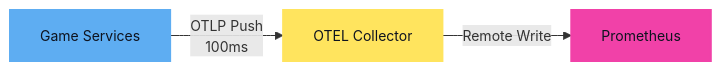
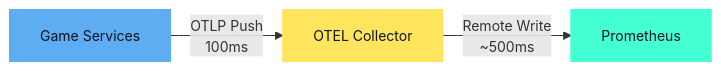
One commit to WatchMeJoustMyFlags/kubecon-material changed the fifth of 7 diagrams in cloud-native-linz-presentation/slides.md. Above: the diagram before and after it, drawn with Mermaid. The commit also changed other lines of this file, not shown here.

````diff
--- a/cloud-native-linz-presentation/slides.md
+++ b/cloud-native-linz-presentation/slides.md
@@ -479,10 +479,10 @@
 ```mermaid {scale:1}
 %%{init: {'themeVariables': {'fontSize': '14px'}, 'flowchart': {'nodeSpacing': 30, 'rankSpacing': 40}}}%%
 graph LR
     Services[Game Services] -->|OTLP Push<br/>100ms| Collector[OTEL Collector]
-    Collector -->|Remote Write| Prom[Prometheus]
+    Collector -->|Remote Write<br/>~500ms| Prom[Prometheus]
 
     style Services fill:#5eadf2,stroke:#5eadf2,stroke-width:2px,color:#0e131f
     style Collector fill:#ffe45e,stroke:#ffe45e,stroke-width:2px,color:#0e131f
-    style Prom fill:#f141a8,stroke:#f141a8,stroke-width:2px,color:#0e131f
+    style Prom fill:#44ffd2,stroke:#44ffd2,stroke-width:2px,color:#0e131f
 ```
````
